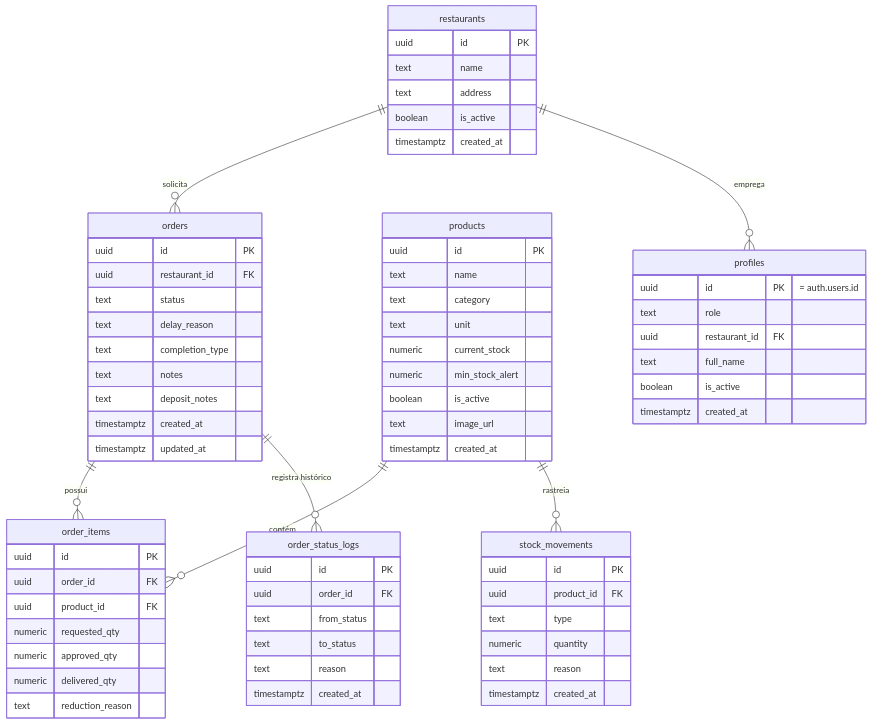
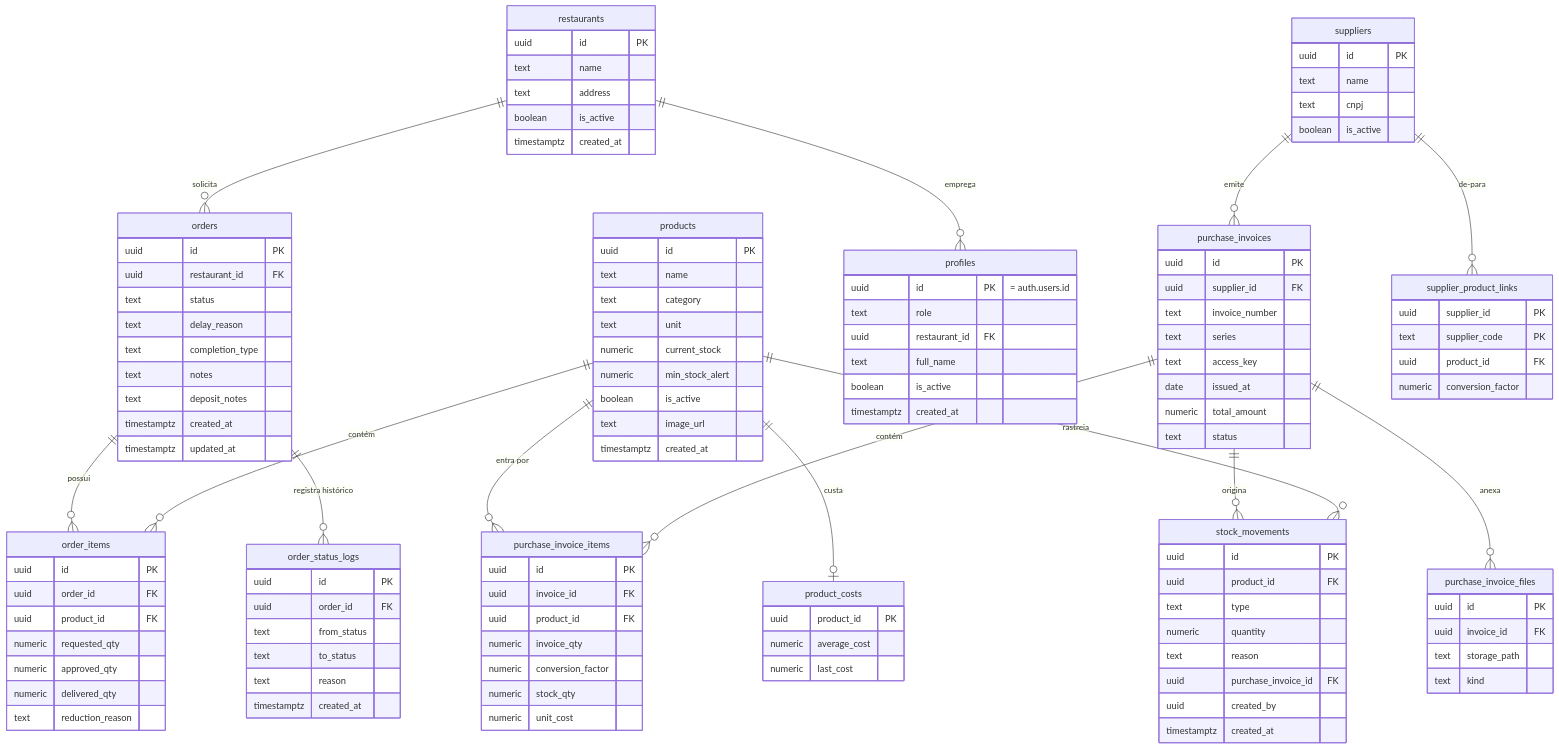
Before and after one commit to MatheusLeffa/Gestao-de-Estoque: the diagram in docs/database-schema.md, drawn with Mermaid. The commit also changed other lines of this file and 6 other files, not shown here.

````diff
--- a/docs/database-schema.md
+++ b/docs/database-schema.md
@@ -14,6 +14,13 @@
     orders ||--o{ order_status_logs : "registra histórico"
     products ||--o{ stock_movements : "rastreia"
     restaurants ||--o{ profiles : "emprega"
+    suppliers ||--o{ purchase_invoices : "emite"
+    purchase_invoices ||--o{ purchase_invoice_items : "contém"
+    purchase_invoices ||--o{ purchase_invoice_files : "anexa"
+    products ||--o{ purchase_invoice_items : "entra por"
+    products ||--o| product_costs : "custa"
+    suppliers ||--o{ supplier_product_links : "de-para"
+    purchase_invoices ||--o{ stock_movements : "origina"
 
     profiles {
         uuid id PK "= auth.users.id"
@@ -81,6 +88,56 @@
         text type
         numeric quantity
         text reason
+        uuid purchase_invoice_id FK
+        uuid created_by
         timestamptz created_at
     }
+
+    suppliers {
+        uuid id PK
+        text name
+        text cnpj
+        boolean is_active
+    }
+
+    purchase_invoices {
+        uuid id PK
+        uuid supplier_id FK
+        text invoice_number
+        text series
+        text access_key
+        date issued_at
+        numeric total_amount
+        text status
+    }
+
+    purchase_invoice_items {
+        uuid id PK
+        uuid invoice_id FK
+        uuid product_id FK
+        numeric invoice_qty
+        numeric conversion_factor
+        numeric stock_qty
+        numeric unit_cost
+    }
+
+    purchase_invoice_files {
+        uuid id PK
+        uuid invoice_id FK
+        text storage_path
+        text kind
+    }
+
+    supplier_product_links {
+        uuid supplier_id PK
+        text supplier_code PK
+        uuid product_id FK
+        numeric conversion_factor
+    }
+
+    product_costs {
+        uuid product_id PK
+        numeric average_cost
+        numeric last_cost
+    }
 ```
````
